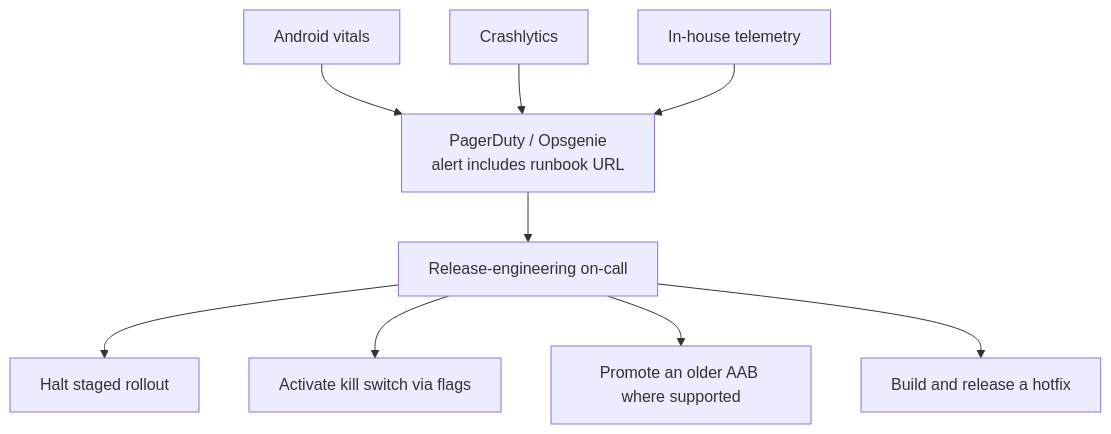
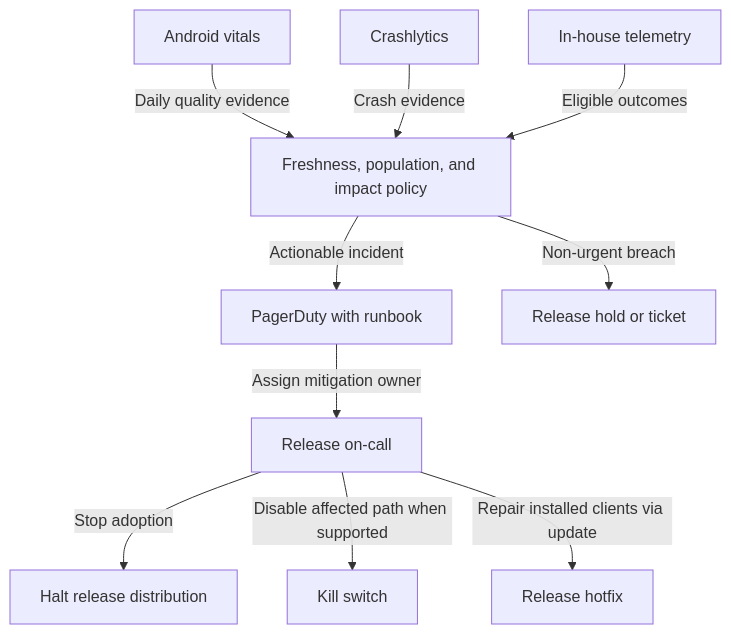
Before and after one commit to swarnsingh/android-staff-engineer-playbook-website: the second of 2 diagrams in observability/alerting.md, drawn with Mermaid. The commit also changed other lines of this file and 21 other files, not shown here.

````diff
--- a/observability/alerting.md
+++ b/observability/alerting.md
@@ -146,11 +141,12 @@
 ```mermaid
 flowchart TD
-    vitals["Android vitals"] --> paging["PagerDuty / Opsgenie<br/>alert includes runbook URL"]
-    crashlytics["Crashlytics"] --> paging
-    telemetry["In-house telemetry"] --> paging
-    paging --> oncall["Release-engineering on-call"]
-    oncall --> halt["Halt staged rollout"]
-    oncall --> flag["Activate kill switch via flags"]
-    oncall --> rollback["Promote an older AAB where supported"]
-    oncall --> hotfix["Build and release a hotfix"]
+    vitals[Android vitals] -->|Daily quality evidence| evaluate[Freshness, population, and impact policy]
+    crashlytics[Crashlytics] -->|Crash evidence| evaluate
+    telemetry[In-house telemetry] -->|Eligible outcomes| evaluate
+    evaluate -->|Actionable incident| paging[PagerDuty with runbook]
+    evaluate -->|Non-urgent breach| release[Release hold or ticket]
+    paging -->|Assign mitigation owner| oncall[Release on-call]
+    oncall -->|Stop adoption| halt[Halt release distribution]
+    oncall -->|Disable affected path when supported| flag[Kill switch]
+    oncall -->|Repair installed clients via update| hotfix[Release hotfix]
 ```
````
